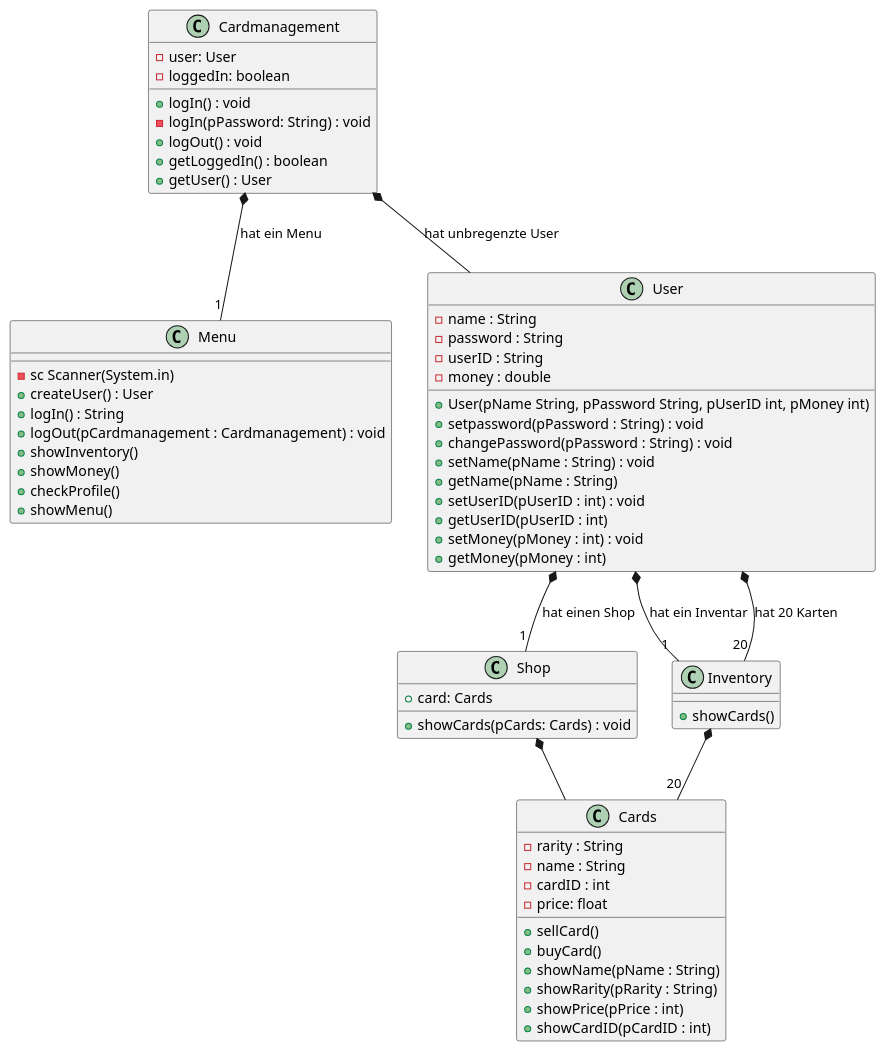
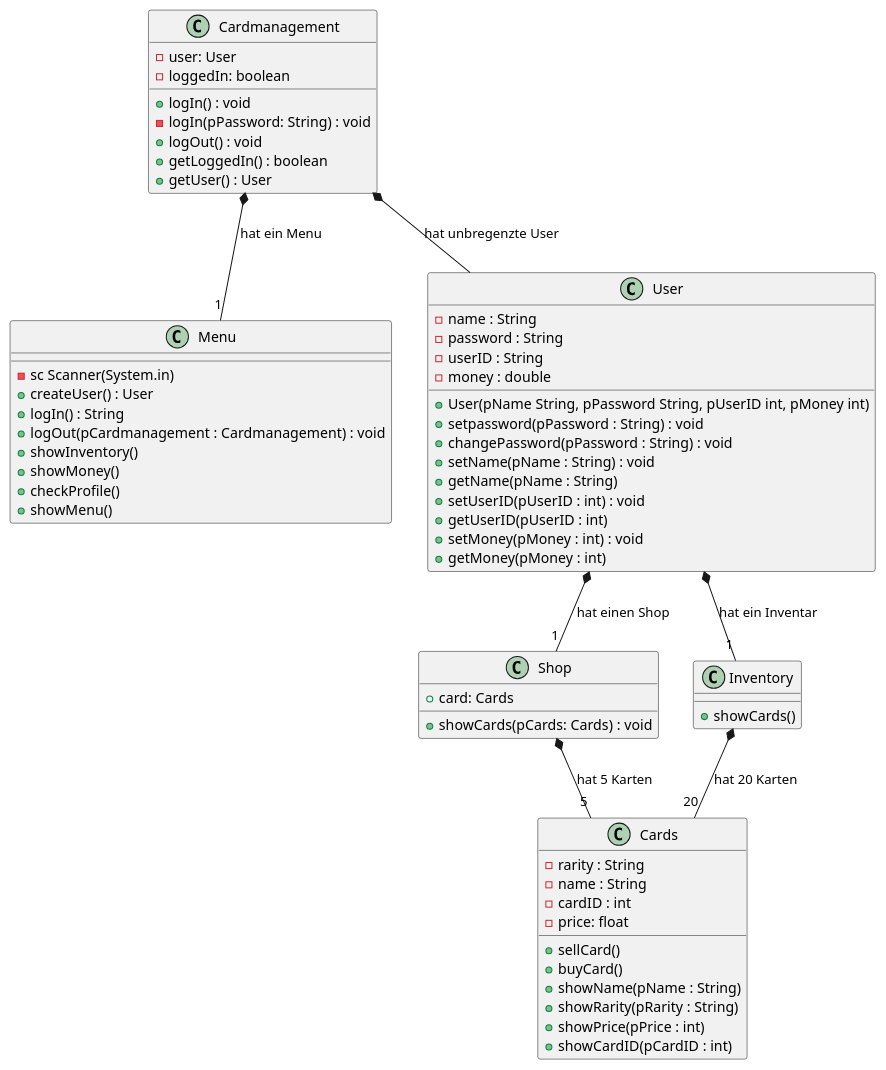
One commit to HEBK-BGM/Verwaltungssoftware_Team_4 changed the diagram in Docs/Pflichtenheft/Diagramme/Klassendiagramm-Card.iuml. Above: the diagram before and after it, drawn with PlantUML.

Commit message:
[ADD] Klassendiagramm Update

```diff
--- a/Docs/Pflichtenheft/Diagramme/Klassendiagramm-Card.iuml
+++ b/Docs/Pflichtenheft/Diagramme/Klassendiagramm-Card.iuml
@@ -1,93 +1,92 @@
 @startuml Klassendiagramm
 
 class Cardmanagement{
     -user: User
     -loggedIn: boolean
     +logIn() : void
     -logIn(pPassword: String) : void
     +logOut() : void
     +getLoggedIn() : boolean
     +getUser() : User
 
 
 
 }
 
 
 
 class Menu{
     -sc Scanner(System.in)
     +createUser() : User
     +logIn() : String
     +logOut(pCardmanagement : Cardmanagement) : void
     +showInventory()
     +showMoney()
     +checkProfile()
     +showMenu()
 
 
 }
 
 
 
 
 class Shop{
     +card: Cards
     +showCards(pCards: Cards) : void
 
 }
 
 
 
 
 class User{
     -name : String
     -password : String
     -userID : String
     -money : double
 
 
     + User(pName String, pPassword String, pUserID int, pMoney int)
     +setpassword(pPassword : String) : void
     +changePassword(pPassword : String) : void
     +setName(pName : String) : void 
     +getName(pName : String)  
     +setUserID(pUserID : int) : void
     +getUserID(pUserID : int) 
     +setMoney(pMoney : int) : void
     +getMoney(pMoney : int) 
 
 }
 
 
 
 
 class Cards{
     -rarity : String
     -name : String
     -cardID : int
     -price: float
 
     +sellCard()
     +buyCard()
     +showName(pName : String)
     +showRarity(pRarity : String)
     +showPrice(pPrice : int)
     +showCardID(pCardID : int)
 
 }
 
 
 
 class Inventory{
 
 +showCards()
 }
 Cardmanagement *-- "1" Menu : hat ein Menu
 User *-- "1" Inventory : hat ein Inventar
-User *-- "20" Inventory : hat 20 Karten
 Cardmanagement *-- User : hat unbregenzte User
 User *-- "1" Shop : hat einen Shop
-Shop *-- Cards 
-Inventory *-- "20" Cards
+Shop *-- "5" Cards : hat 5 Karten 
+Inventory *-- "20" Cards : hat 20 Karten
 @enduml
```
